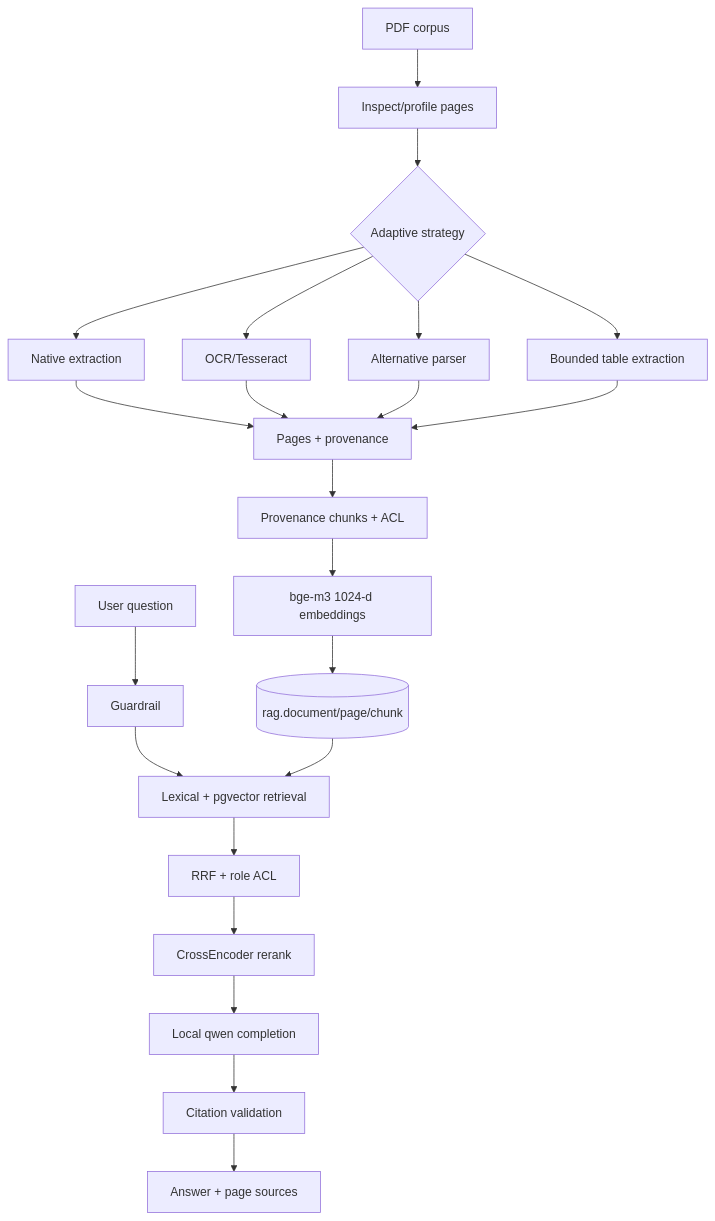
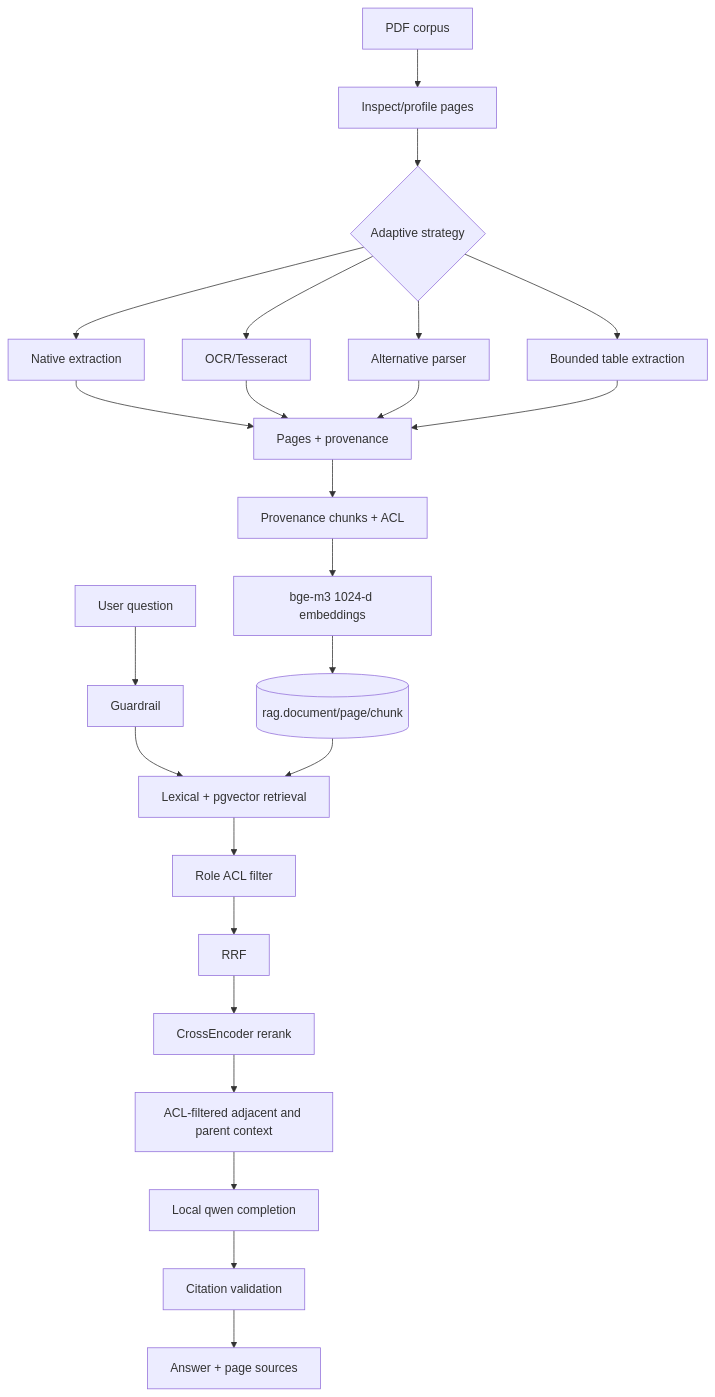
Before and after one commit to dhananjaynerkar/ai_powered_port_management_system: the second of 7 diagrams in docs/DIAGRAMS.md, drawn with Mermaid. The commit also changed other lines of this file and 103 other files, not shown here.

````diff
--- a/docs/DIAGRAMS.md
+++ b/docs/DIAGRAMS.md
@@ -24,24 +24,26 @@
 ```mermaid
 flowchart TD
   PDF[PDF corpus] --> Inspect[Inspect/profile pages]
   Inspect --> Strategy{Adaptive strategy}
   Strategy --> Native[Native extraction]
   Strategy --> OCR[OCR/Tesseract]
   Strategy --> Alt[Alternative parser]
   Strategy --> Table[Bounded table extraction]
   Native --> Pages[Pages + provenance]
   OCR --> Pages
   Alt --> Pages
   Table --> Pages
   Pages --> Chunks[Provenance chunks + ACL]
   Chunks --> Embed[bge-m3 1024-d embeddings]
   Embed --> Store[(rag.document/page/chunk)]
   Q[User question] --> Guard[Guardrail]
   Guard --> Retrieve[Lexical + pgvector retrieval]
   Store --> Retrieve
-  Retrieve --> RRF[RRF + role ACL]
+  Retrieve --> ACL[Role ACL filter]
+  ACL --> RRF[RRF]
   RRF --> Rank[CrossEncoder rerank]
-  Rank --> Gen[Local qwen completion]
+  Rank --> Expand[ACL-filtered adjacent and parent context]
+  Expand --> Gen[Local qwen completion]
   Gen --> Cite[Citation validation]
   Cite --> Answer[Answer + page sources]
 ```
````
